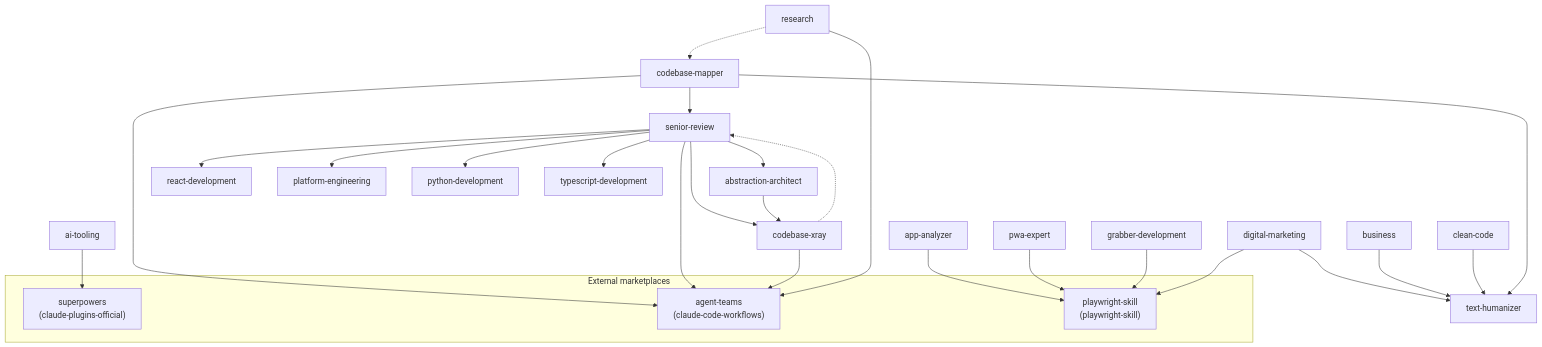
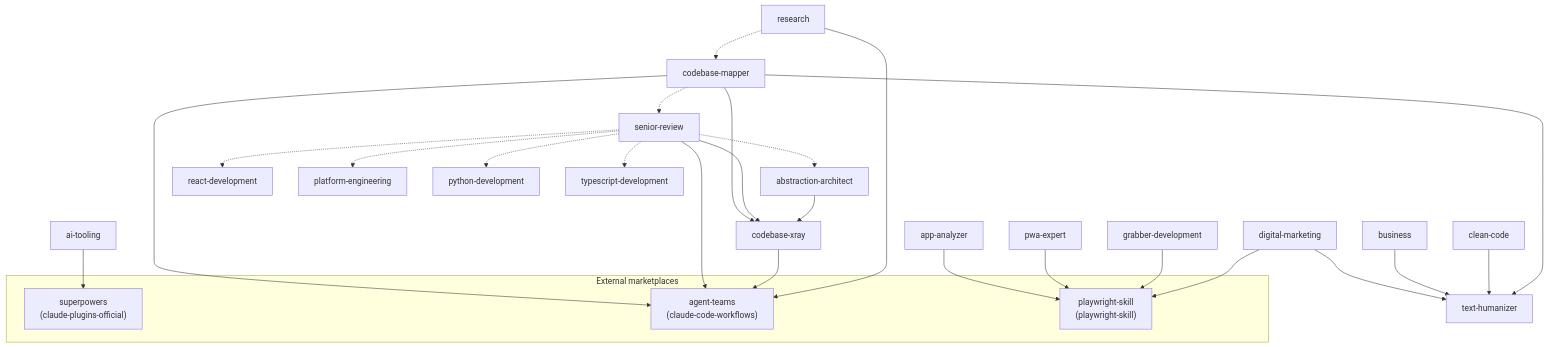
Before and after one commit to acaprino/alfio-claude-plugins: the diagram in README.md, drawn with Mermaid. The commit also changed other lines of this file and 32 other files, not shown here.

````diff
--- a/README.md
+++ b/README.md
@@ -126,50 +126,50 @@
 ```mermaid
 flowchart TD
     aitooling[ai-tooling]
     appanalyzer[app-analyzer]
     pwaexpert[pwa-expert]
     grabber[grabber-development]
     digitalmarketing[digital-marketing]
     business[business]
     cleancode[clean-code]
     research[research]
     codebasemapper[codebase-mapper]
     seniorreview[senior-review]
     deepdive[codebase-xray]
     abstraction[abstraction-architect]
     texthumanizer[text-humanizer]
     reactdev[react-development]
     platformeng[platform-engineering]
     pythondev[python-development]
     tsdev[typescript-development]
 
     subgraph external [External marketplaces]
         superpowers["superpowers<br/>(claude-plugins-official)"]
         agentteams["agent-teams<br/>(claude-code-workflows)"]
         playwright["playwright-skill<br/>(playwright-skill)"]
     end
 
     aitooling --> superpowers
     appanalyzer --> playwright
     pwaexpert --> playwright
     grabber --> playwright
     digitalmarketing --> playwright
     digitalmarketing --> texthumanizer
     business --> texthumanizer
     cleancode --> texthumanizer
     codebasemapper --> texthumanizer
     codebasemapper --> agentteams
-    codebasemapper --> seniorreview
+    codebasemapper --> deepdive
+    codebasemapper -.-> seniorreview
     seniorreview --> agentteams
     seniorreview --> deepdive
-    seniorreview --> abstraction
-    seniorreview --> reactdev
-    seniorreview --> platformeng
-    seniorreview --> pythondev
-    seniorreview --> tsdev
+    seniorreview -.-> abstraction
+    seniorreview -.-> reactdev
+    seniorreview -.-> platformeng
+    seniorreview -.-> pythondev
+    seniorreview -.-> tsdev
     abstraction --> deepdive
     deepdive --> agentteams
-    deepdive -.-> seniorreview
     research --> agentteams
     research -.-> codebasemapper
 ```
````
